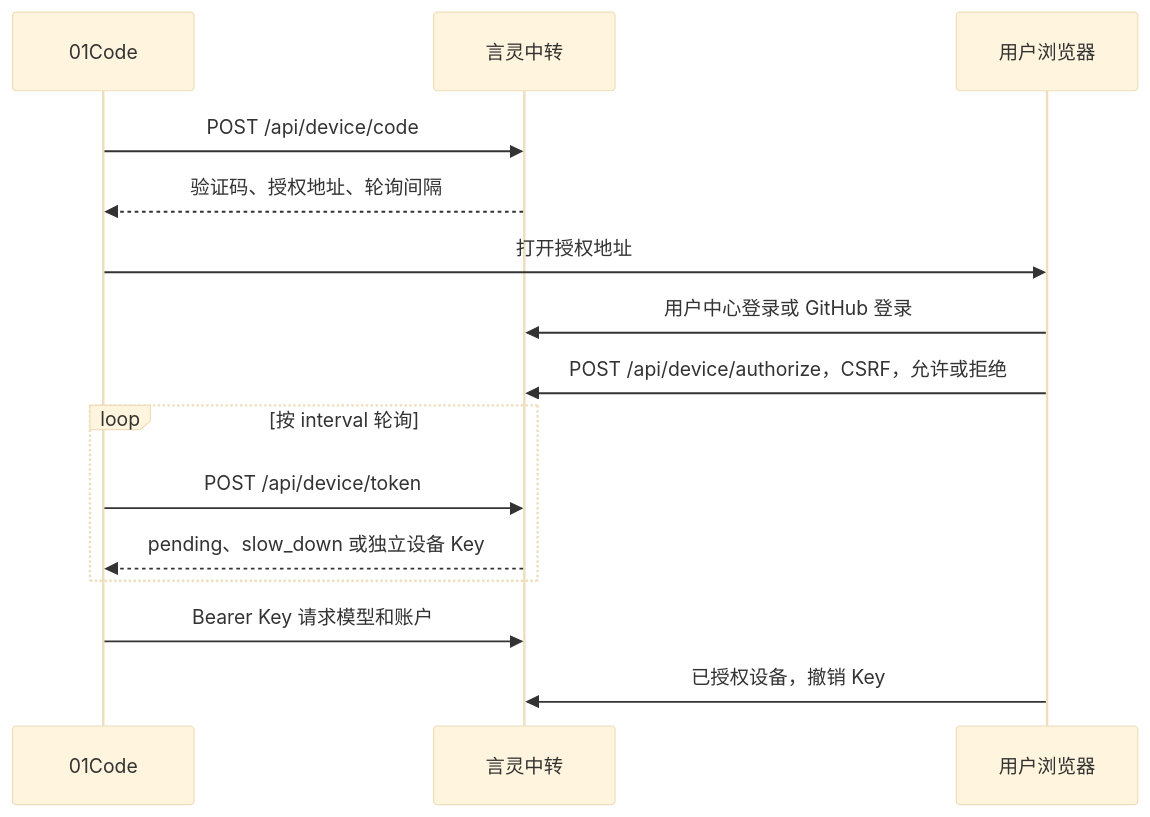
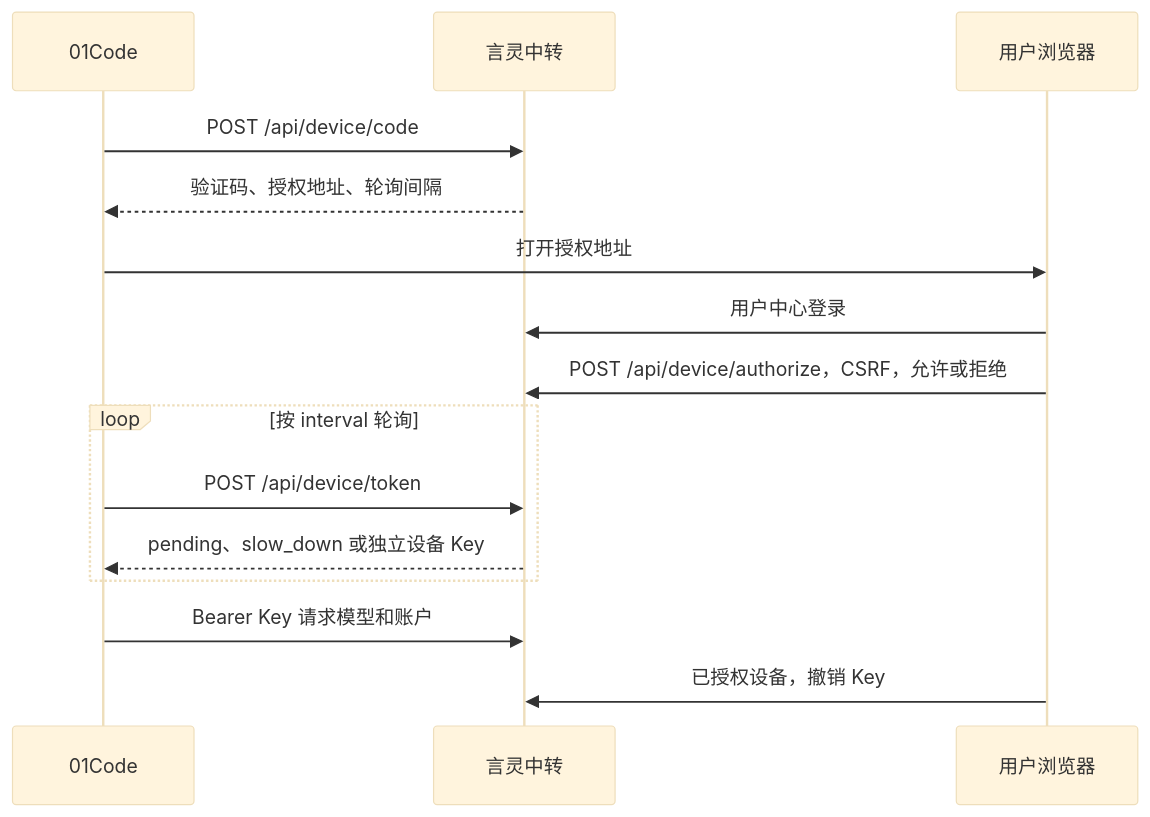
The diagram in README.md (Cheerimy-Studio/NIM-Rust-Gateway), drawn with Mermaid (base theme) before and after one commit. The commit also changed other lines of this file and 13 other files, not shown here.

First line of the commit message:
修复导入分页 + 移除 GitHub OAuth + 后台设备登录设置 + WebClaw 文案精简

````diff
--- a/README.md
+++ b/README.md
@@ -249,17 +246,17 @@
 ```mermaid
 sequenceDiagram
     participant C as 01Code
     participant G as 言灵中转
     participant B as 用户浏览器
     C->>G: POST /api/device/code
     G-->>C: 验证码、授权地址、轮询间隔
     C->>B: 打开授权地址
-    B->>G: 用户中心登录或 GitHub 登录
+    B->>G: 用户中心登录
     B->>G: POST /api/device/authorize，CSRF，允许或拒绝
     loop 按 interval 轮询
         C->>G: POST /api/device/token
         G-->>C: pending、slow_down 或独立设备 Key
     end
     C->>G: Bearer Key 请求模型和账户
     B->>G: 已授权设备，撤销 Key
 ```
````
